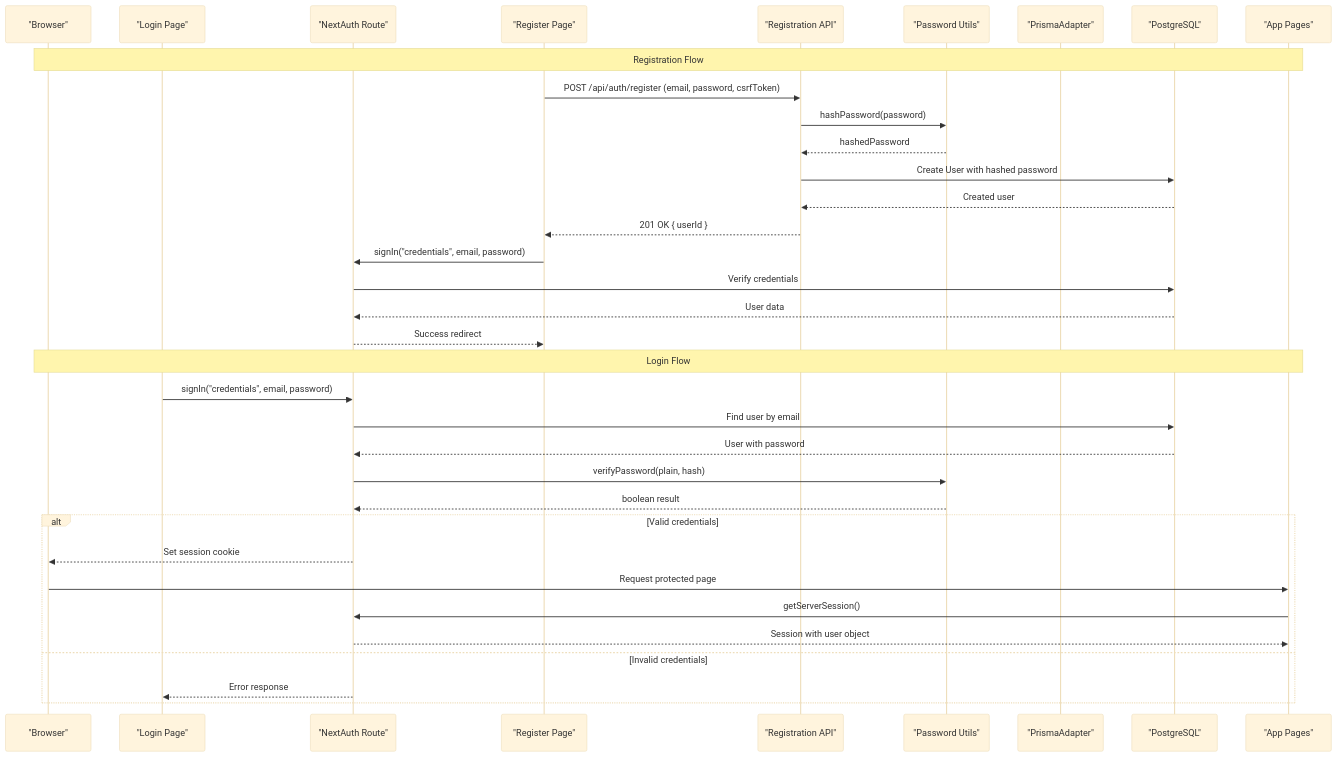
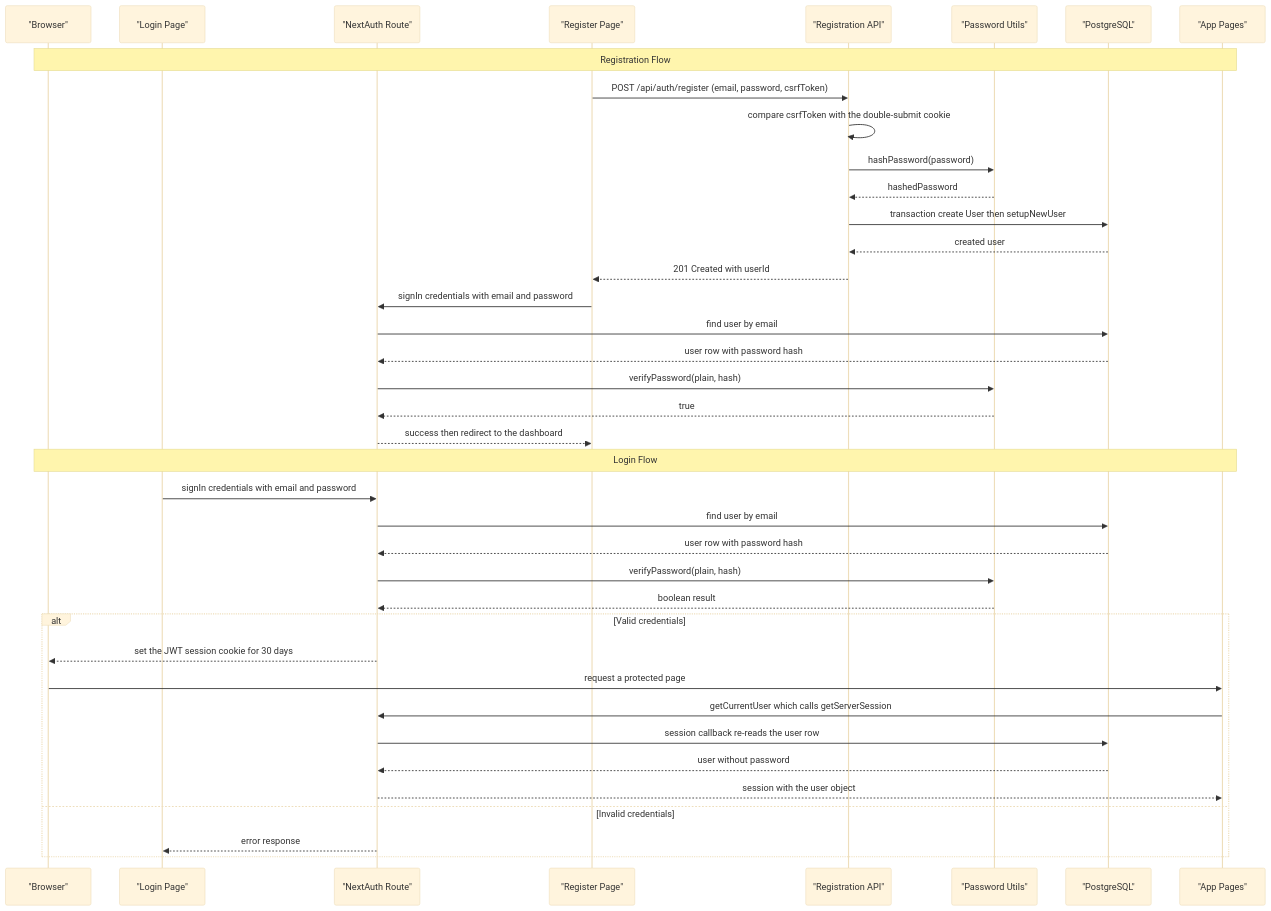
Before and after one commit to Dezzpil/meingym: the second of 8 diagrams in .qoder/repowiki/en/content/Authentication and Authorization.md, drawn with Mermaid (base theme). The commit also changed other lines of this file and 12 other files, not shown here.

````diff
--- a/.qoder/repowiki/en/content/Authentication and Authorization.md
+++ b/.qoder/repowiki/en/content/Authentication and Authorization.md
@@ -117,37 +159,41 @@
 ```mermaid
 sequenceDiagram
 participant Browser as "Browser"
 participant LoginPage as "Login Page"
 participant NextAuth as "NextAuth Route"
 participant RegPage as "Register Page"
 participant RegAPI as "Registration API"
 participant PWUtils as "Password Utils"
-participant Adapter as "PrismaAdapter"
 participant DB as "PostgreSQL"
 participant App as "App Pages"
 Note over Browser,App : Registration Flow
 RegPage->>RegAPI : POST /api/auth/register (email, password, csrfToken)
+RegAPI->>RegAPI : compare csrfToken with the double-submit cookie
 RegAPI->>PWUtils : hashPassword(password)
 PWUtils-->>RegAPI : hashedPassword
-RegAPI->>DB : Create User with hashed password
-DB-->>RegAPI : Created user
-RegAPI-->>RegPage : 201 OK { userId }
-RegPage->>NextAuth : signIn("credentials", email, password)
-NextAuth->>DB : Verify credentials
-DB-->>NextAuth : User data
-NextAuth-->>RegPage : Success redirect
+RegAPI->>DB : transaction create User then setupNewUser
+DB-->>RegAPI : created user
+RegAPI-->>RegPage : 201 Created with userId
+RegPage->>NextAuth : signIn credentials with email and password
+NextAuth->>DB : find user by email
+DB-->>NextAuth : user row with password hash
+NextAuth->>PWUtils : verifyPassword(plain, hash)
+PWUtils-->>NextAuth : true
+NextAuth-->>RegPage : success then redirect to the dashboard
 Note over Browser,App : Login Flow
-LoginPage->>NextAuth : signIn("credentials", email, password)
-NextAuth->>DB : Find user by email
-DB-->>NextAuth : User with password
+LoginPage->>NextAuth : signIn credentials with email and password
+NextAuth->>DB : find user by email
+DB-->>NextAuth : user row with password hash
 NextAuth->>PWUtils : verifyPassword(plain, hash)
 PWUtils-->>NextAuth : boolean result
 alt Valid credentials
-NextAuth-->>Browser : Set session cookie
-Browser->>App : Request protected page
-App->>NextAuth : getServerSession()
-NextAuth-->>App : Session with user object
+NextAuth-->>Browser : set the JWT session cookie for 30 days
+Browser->>App : request a protected page
+App->>NextAuth : getCurrentUser which calls getServerSession
+NextAuth->>DB : session callback re-reads the user row
+DB-->>NextAuth : user without password
+NextAuth-->>App : session with the user object
 else Invalid credentials
-NextAuth-->>LoginPage : Error response
+NextAuth-->>LoginPage : error response
 end
 ```
````
